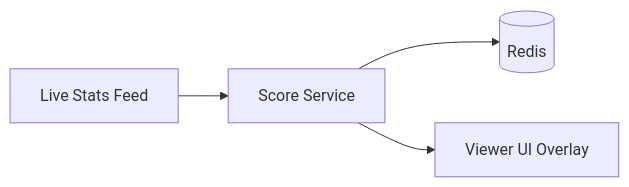
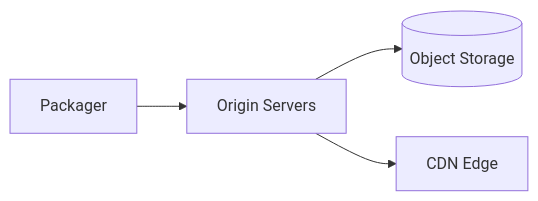
The fifth of 16 diagrams in src/content/design-a-live-streaming-service.md (gojosatoru123-ux/CacheU), drawn with Mermaid before and after one commit. The commit also changed other lines of this file and 13 other files, not shown here.

````diff
--- a/src/content/design-a-live-streaming-service.md
+++ b/src/content/design-a-live-streaming-service.md
@@ -492,6 +477,6 @@
 ```mermaid
 flowchart LR
-    StatsFeed[Live Stats Feed] --> ScoreSvc[Score Service]
-    ScoreSvc --> Redis[(Redis)]
-    ScoreSvc --> Clients[Viewer UI Overlay]
+    Packager --> Origin[Origin Servers]
+    Origin --> ObjectStore[(Object Storage)]
+    Origin --> CDN[CDN Edge]
 ```
````
